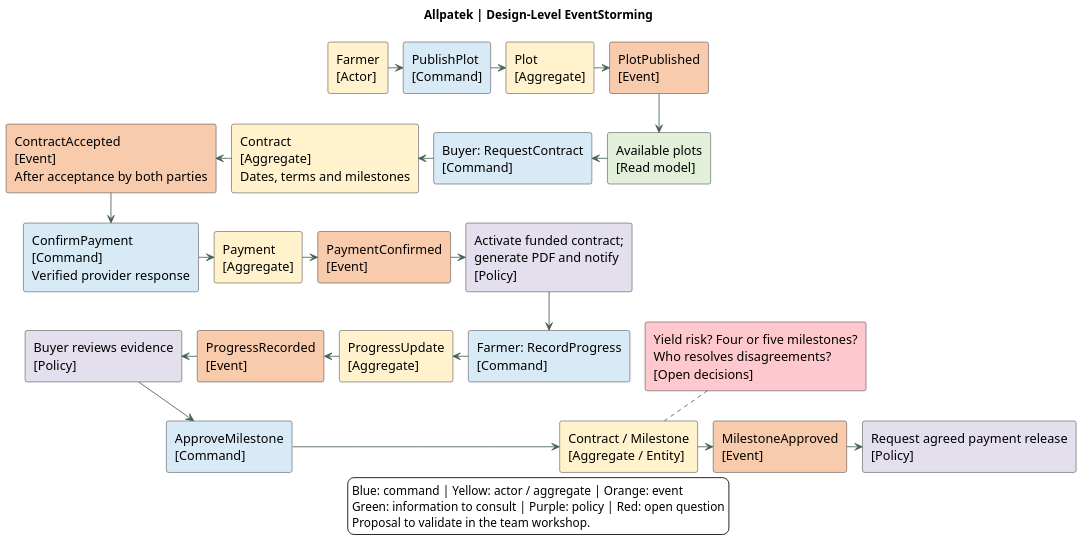
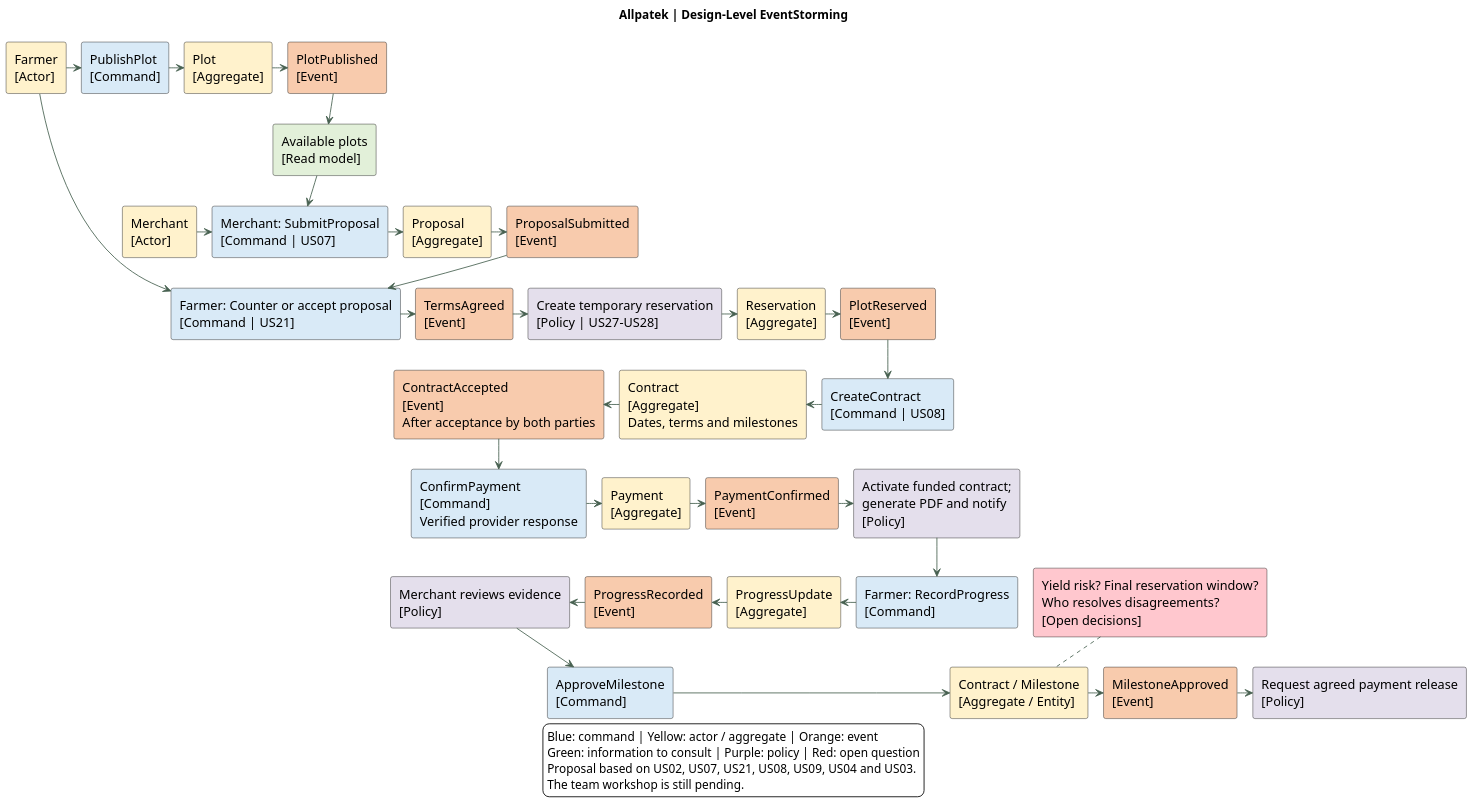
Before and after one commit to upc-pre-202620-1asi0729-7753-Terranova/allpatek-report: the diagram in assets/chapter-04/architecture/01-eventstorming.puml, drawn with PlantUML. The commit also changed 12 other files, not shown here.

Commit message:
docs(architecture): model proposals and reservations

```diff
--- a/assets/chapter-04/architecture/01-eventstorming.puml
+++ b/assets/chapter-04/architecture/01-eventstorming.puml
@@ -1,60 +1,80 @@
 @startuml
 !pragma layout smetana
 skinparam backgroundColor white
 skinparam defaultFontName SansSerif
 skinparam defaultFontSize 15
 skinparam shadowing false
 skinparam classAttributeIconSize 0
 skinparam ArrowColor #476050
 skinparam dpi 140
 title Allpatek | Design-Level EventStorming
 
 top to bottom direction
 rectangle "Farmer\n[Actor]" as farmer #FFF2CC
 rectangle "PublishPlot\n[Command]" as publish #D9EAF7
 rectangle "Plot\n[Aggregate]" as plot #FFF2CC
 rectangle "PlotPublished\n[Event]" as published #F8CBAD
 rectangle "Available plots\n[Read model]" as catalog #E2F0D9
-rectangle "Buyer: RequestContract\n[Command]" as request #D9EAF7
+rectangle "Merchant\n[Actor]" as merchant #FFF2CC
+rectangle "Merchant: SubmitProposal\n[Command | US07]" as propose #D9EAF7
+rectangle "Proposal\n[Aggregate]" as proposal #FFF2CC
+rectangle "ProposalSubmitted\n[Event]" as proposed #F8CBAD
+rectangle "Farmer: Counter or accept proposal\n[Command | US21]" as negotiate #D9EAF7
+rectangle "TermsAgreed\n[Event]" as agreed #F8CBAD
+rectangle "Create temporary reservation\n[Policy | US27-US28]" as hold #E4DFEC
+rectangle "Reservation\n[Aggregate]" as reservation #FFF2CC
+rectangle "PlotReserved\n[Event]" as reserved #F8CBAD
+rectangle "CreateContract\n[Command | US08]" as create #D9EAF7
 rectangle "Contract\n[Aggregate]\nDates, terms and milestones" as contract #FFF2CC
 rectangle "ContractAccepted\n[Event]\nAfter acceptance by both parties" as accepted #F8CBAD
 rectangle "ConfirmPayment\n[Command]\nVerified provider response" as pay #D9EAF7
 rectangle "Payment\n[Aggregate]" as payment #FFF2CC
 rectangle "PaymentConfirmed\n[Event]" as confirmed #F8CBAD
 rectangle "Activate funded contract;\ngenerate PDF and notify\n[Policy]" as notify #E4DFEC
 rectangle "Farmer: RecordProgress\n[Command]" as record #D9EAF7
 rectangle "ProgressUpdate\n[Aggregate]" as update #FFF2CC
 rectangle "ProgressRecorded\n[Event]" as recorded #F8CBAD
-rectangle "Buyer reviews evidence\n[Policy]" as review #E4DFEC
+rectangle "Merchant reviews evidence\n[Policy]" as review #E4DFEC
 rectangle "ApproveMilestone\n[Command]" as approve #D9EAF7
 rectangle "Contract / Milestone\n[Aggregate / Entity]" as milestone #FFF2CC
 rectangle "MilestoneApproved\n[Event]" as approved #F8CBAD
 rectangle "Request agreed payment release\n[Policy]" as release #E4DFEC
-rectangle "Yield risk? Four or five milestones?\nWho resolves disagreements?\n[Open decisions]" as open #FFC7CE
+rectangle "Yield risk? Final reservation window?\nWho resolves disagreements?\n[Open decisions]" as open #FFC7CE
 farmer -right-> publish
 publish -right-> plot
 plot -right-> published
 published --> catalog
-catalog -left-> request
-request -left-> contract
+merchant -right-> propose
+catalog -down-> propose
+propose -right-> proposal
+proposal -right-> proposed
+farmer -down-> negotiate
+proposed -down-> negotiate
+negotiate -right-> agreed
+agreed -right-> hold
+hold -right-> reservation
+reservation -right-> reserved
+reserved -down-> create
+create -left-> contract
 contract -left-> accepted
 accepted --> pay
 pay -right-> payment
 payment -right-> confirmed
 confirmed -right-> notify
 notify --> record
 record -left-> update
 update -left-> recorded
 recorded -left-> review
 review --> approve
 approve -right-> milestone
 milestone -right-> approved
 approved -right-> release
 open .. milestone
 legend bottom
 Blue: command | Yellow: actor / aggregate | Orange: event
 Green: information to consult | Purple: policy | Red: open question
-Proposal to validate in the team workshop.
+Proposal based on US02, US07, US21, US08, US09, US04 and US03.
+The team workshop is still pending.
 endlegend
 
 @enduml
```
